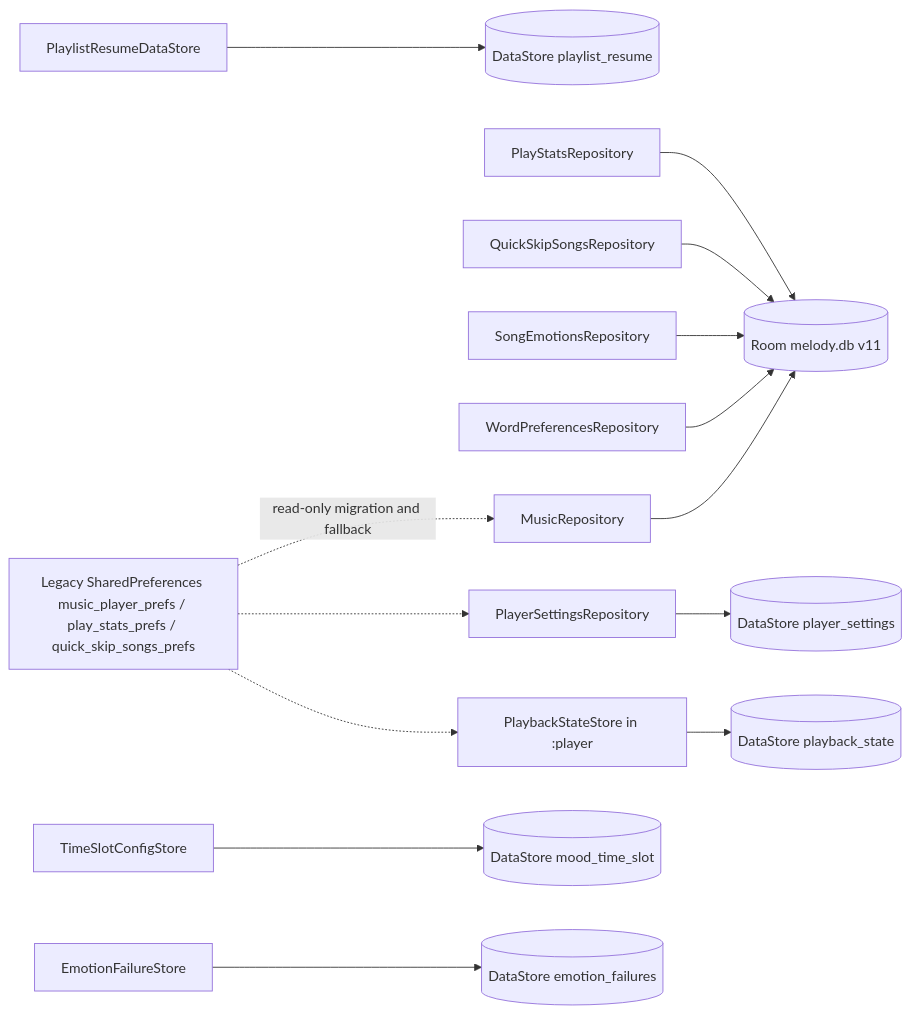
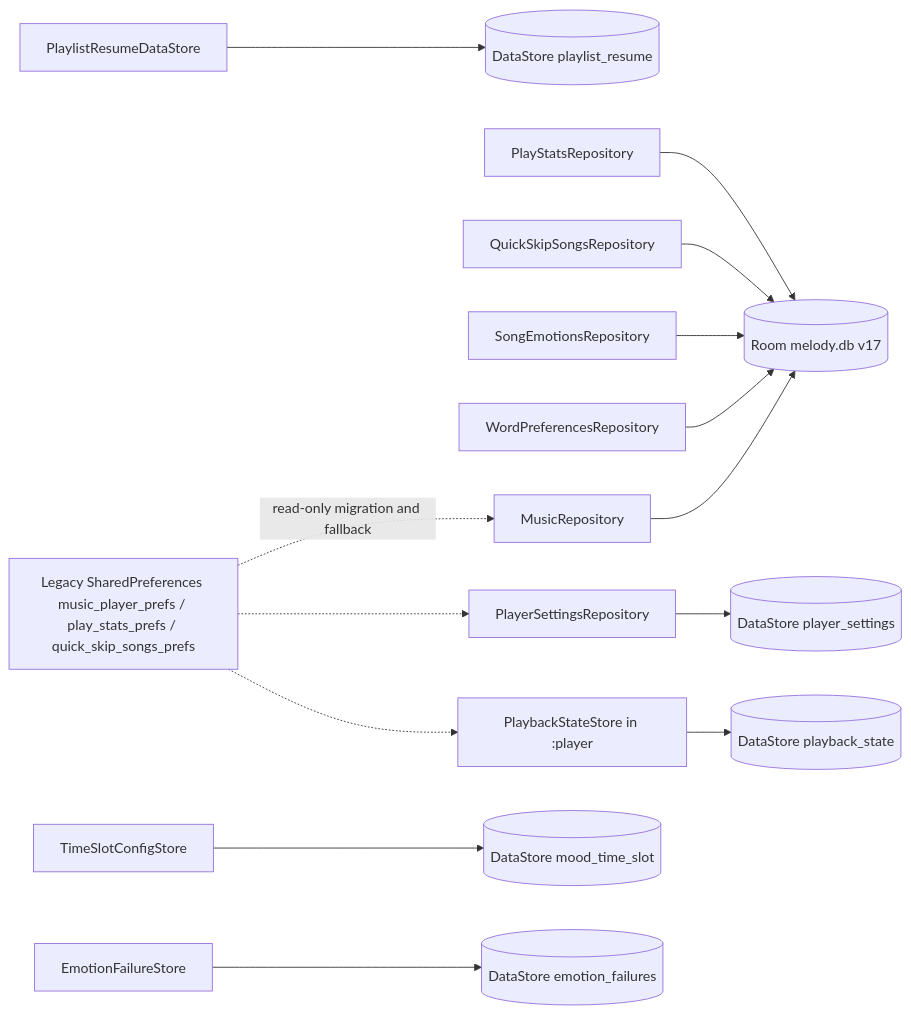
The first of 2 diagrams in openwiki/architecture/data-persistence.md (DefineMyCode/melody-in-heart-x), drawn with Mermaid before and after one commit. The commit also changed other lines of this file and 38 other files, not shown here.

````diff
--- a/openwiki/architecture/data-persistence.md
+++ b/openwiki/architecture/data-persistence.md
@@ -135,16 +137,16 @@
 ```mermaid
 flowchart LR
-    MUSIC["MusicRepository"] --> DB[("Room melody.db v11")]
+    MUSIC["MusicRepository"] --> DB[("Room melody.db v17")]
     STATS["PlayStatsRepository"] --> DB
     SKIP["QuickSkipSongsRepository"] --> DB
     EMO["SongEmotionsRepository"] --> DB
     WORDS["WordPreferencesRepository"] --> DB
     SETTINGS["PlayerSettingsRepository"] --> DS1[("DataStore player_settings")]
     RESUME["PlaylistResumeDataStore"] --> DS2[("DataStore playlist_resume")]
     SLOT["TimeSlotConfigStore"] --> DS3[("DataStore mood_time_slot")]
     FAIL["EmotionFailureStore"] --> DS4[("DataStore emotion_failures")]
     STATE["PlaybackStateStore in :player"] --> DS5[("DataStore playback_state")]
     LEGACY["Legacy SharedPreferences music_player_prefs / play_stats_prefs / quick_skip_songs_prefs"] -. read-only migration and fallback .-> MUSIC
     LEGACY -.-> SETTINGS
     LEGACY -.-> STATE
 ```
````
